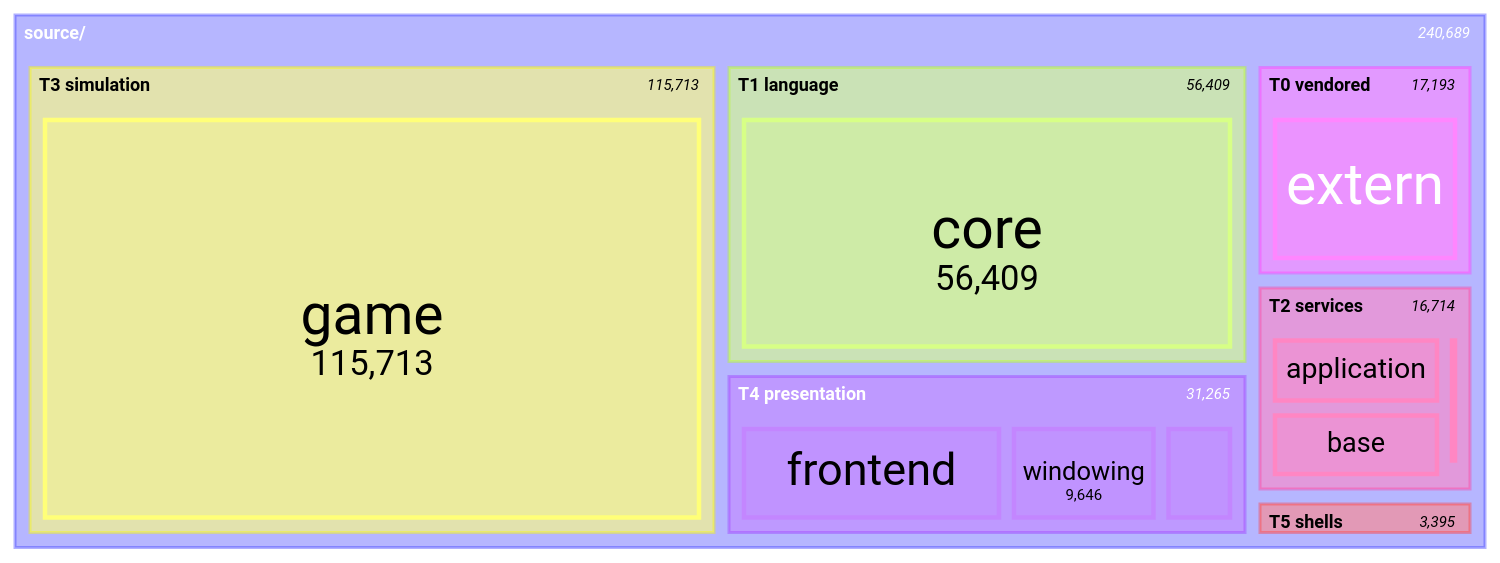
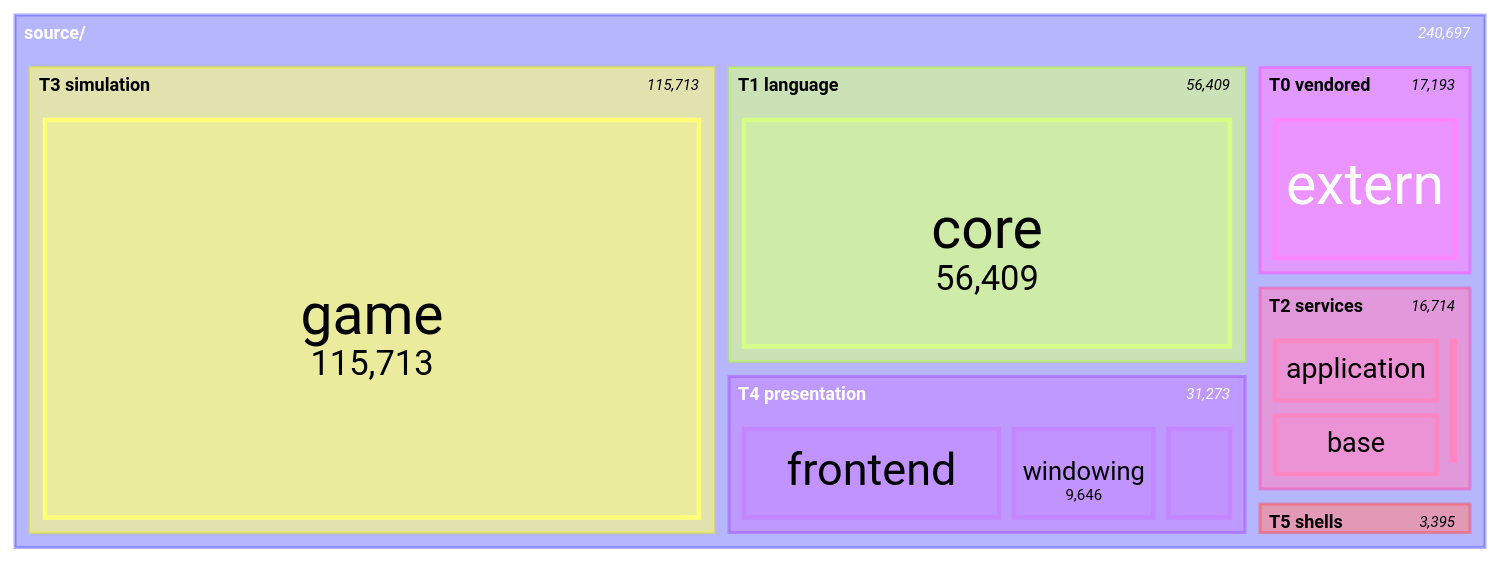
One commit to apnex/OpenStarbound changed the seventh of 11 diagrams in docs/architecture/system-boundaries.md. Above: the diagram before and after it, drawn with Mermaid. The commit also changed other lines of this file and 2 other files, not shown here.

````diff
--- a/docs/architecture/system-boundaries.md
+++ b/docs/architecture/system-boundaries.md
@@ -592,22 +592,22 @@
 ```mermaid
 treemap-beta
 "source/"
     "T0 vendored"
         "extern": 17193
     "T1 language"
         "core": 56409
     "T2 services"
         "application": 7677
         "base": 7472
         "metrics": 1423
         "platform": 142
     "T3 simulation"
         "game": 115713
     "T4 presentation"
         "frontend": 16863
         "windowing": 9646
-        "rendering": 4756
+        "rendering": 4764
     "T5 shells"
         "client": 2612
         "server": 783
 ```
````
